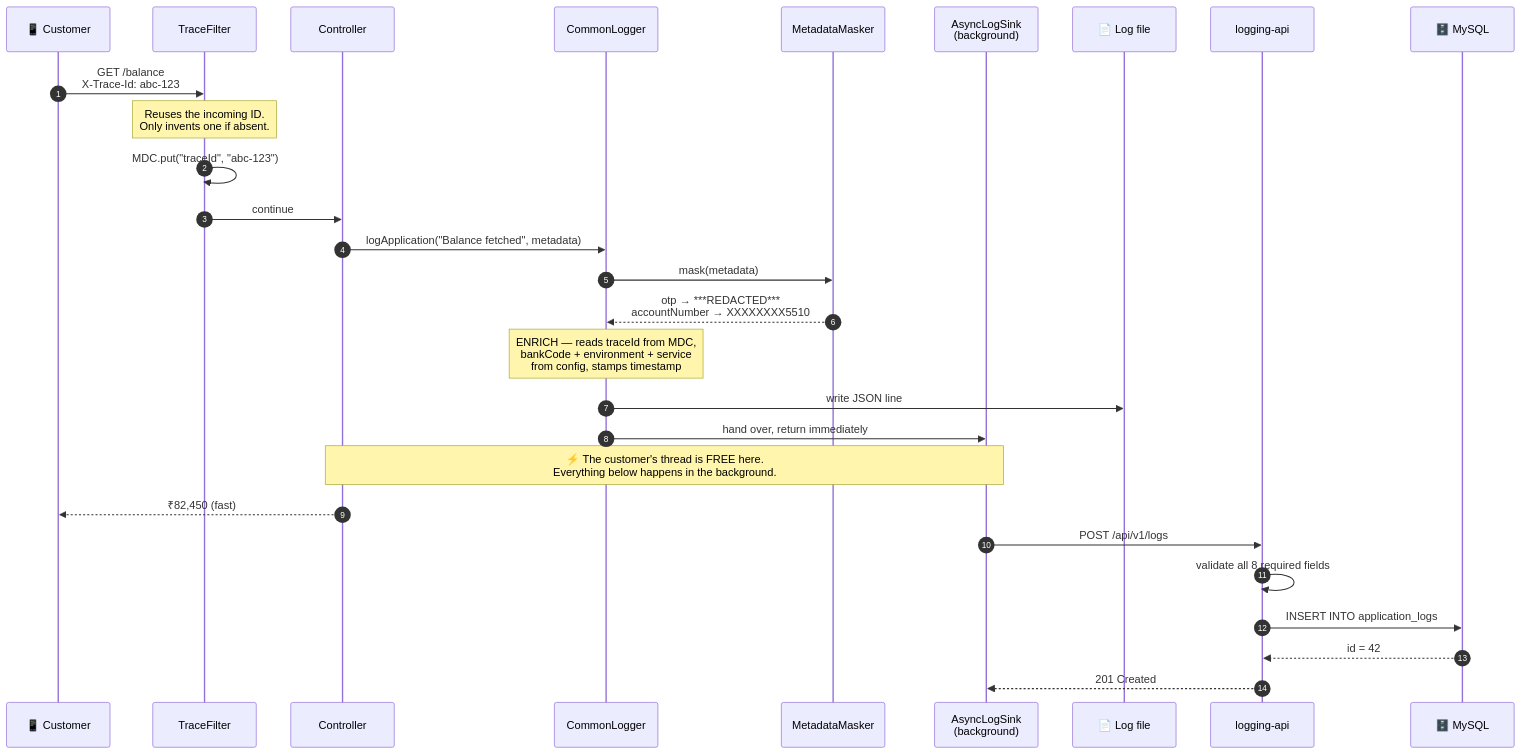
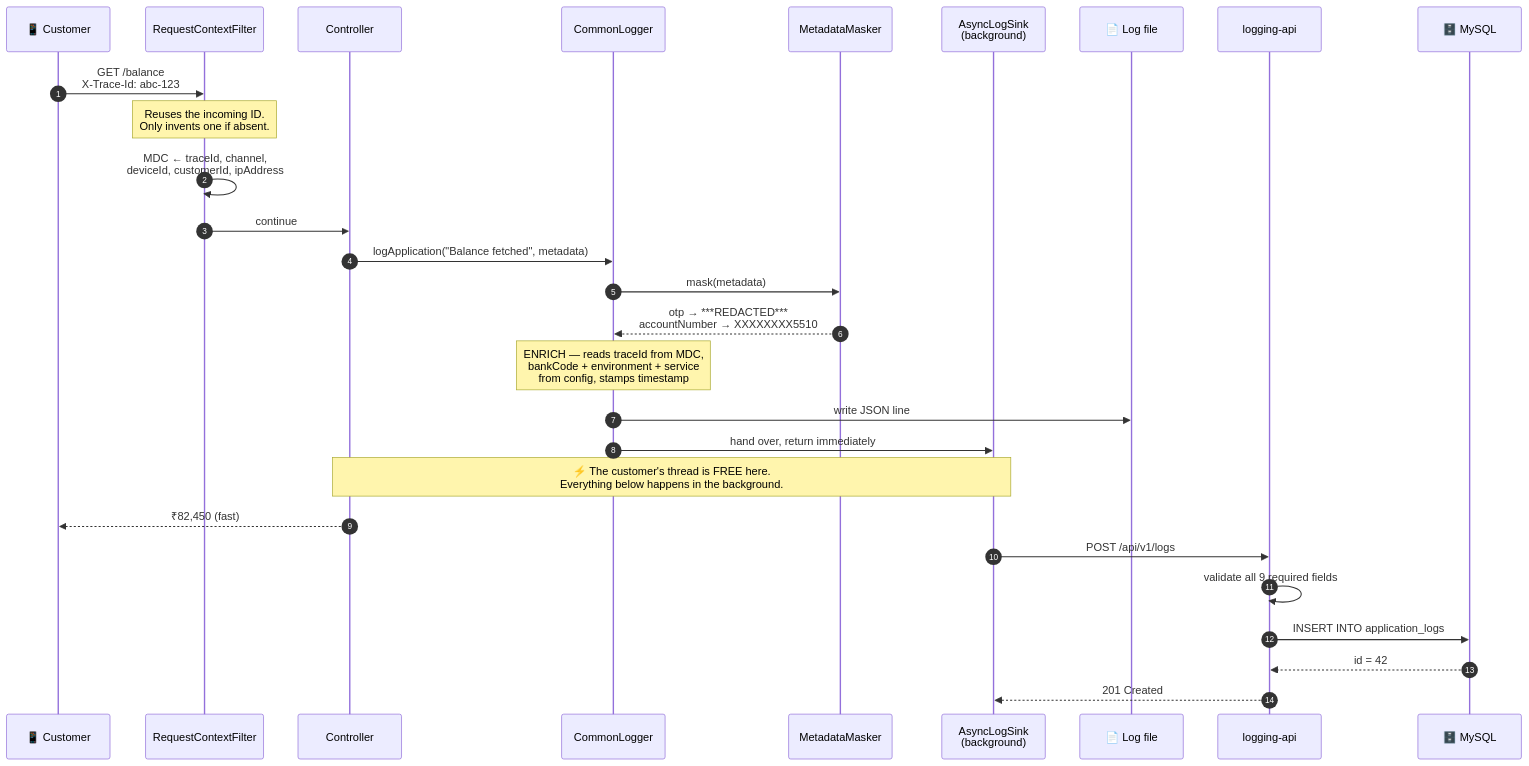
Before and after one commit to abhishjais01/Bharat_Bank: the fifth of 18 diagrams in ARCHITECTURE.md, drawn with Mermaid. The commit also changed other lines of this file and 111 other files, not shown here.

````diff
--- a/ARCHITECTURE.md
+++ b/ARCHITECTURE.md
@@ -228,37 +232,37 @@
 ```mermaid
 sequenceDiagram
     autonumber
     participant Cust as 📱 Customer
-    participant Filter as TraceFilter
+    participant Filter as RequestContextFilter
     participant Ctrl as Controller
     participant Log as CommonLogger
     participant Mask as MetadataMasker
     participant Queue as AsyncLogSink<br/>(background)
     participant File as 📄 Log file
     participant API as logging-api
     participant DB as 🗄️ MySQL
 
     Cust->>Filter: GET /balance<br/>X-Trace-Id: abc-123
     Note over Filter: Reuses the incoming ID.<br/>Only invents one if absent.
-    Filter->>Filter: MDC.put("traceId", "abc-123")
+    Filter->>Filter: MDC ← traceId, channel,<br/>deviceId, customerId, ipAddress
     Filter->>Ctrl: continue
 
     Ctrl->>Log: logApplication("Balance fetched", metadata)
 
     Log->>Mask: mask(metadata)
     Mask-->>Log: otp → ***REDACTED***<br/>accountNumber → XXXXXXXX5510
 
     Note over Log: ENRICH — reads traceId from MDC,<br/>bankCode + environment + service<br/>from config, stamps timestamp
 
     Log->>File: write JSON line
     Log->>Queue: hand over, return immediately
     Note over Ctrl,Queue: ⚡ The customer's thread is FREE here.<br/>Everything below happens in the background.
 
     Ctrl-->>Cust: ₹82,450 (fast)
 
     Queue->>API: POST /api/v1/logs
-    API->>API: validate all 8 required fields
+    API->>API: validate all 9 required fields
     API->>DB: INSERT INTO application_logs
     DB-->>API: id = 42
     API-->>Queue: 201 Created
 ```
````
